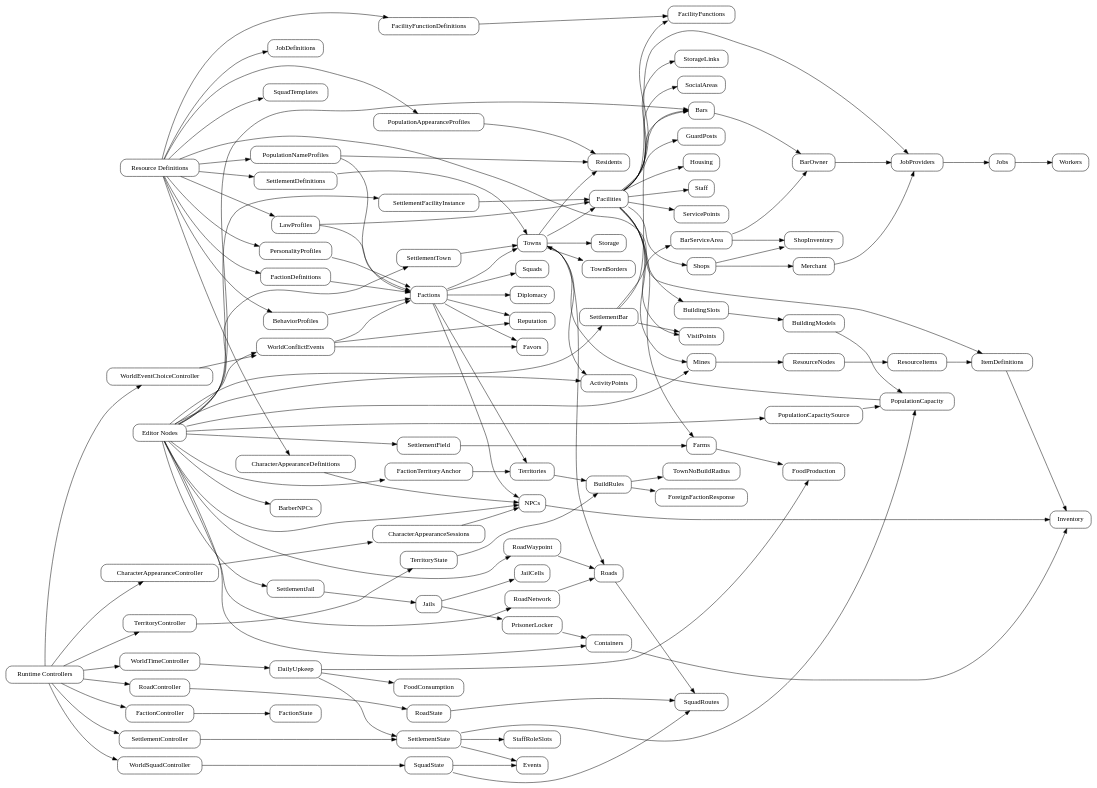
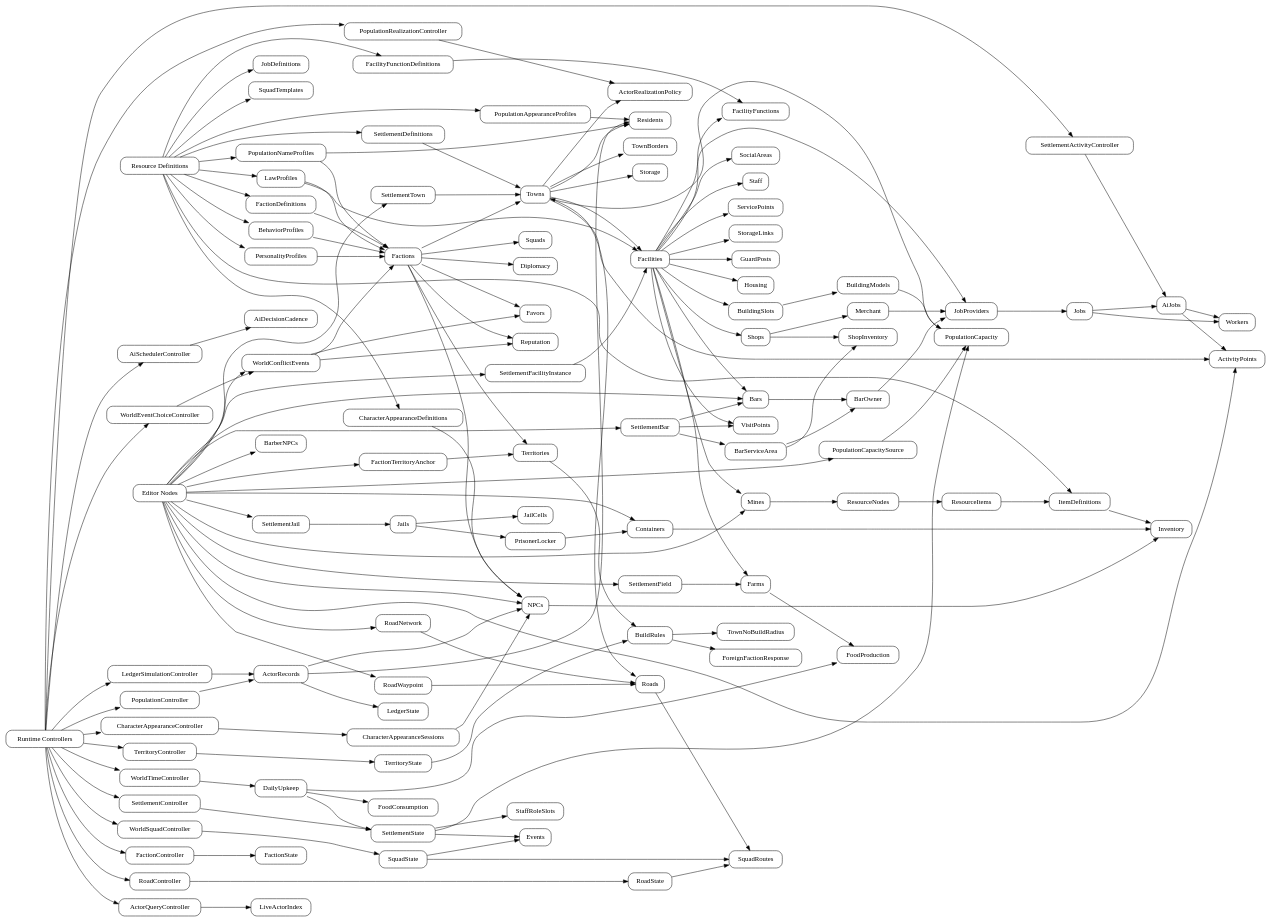
The diagram in architecture/game-data.md (dustinc555/mygame), drawn with Graphviz before and after one commit. The commit also changed other lines of this file and 159 other files, not shown here.

```diff
--- a/architecture/game-data.md
+++ b/architecture/game-data.md
@@ -75,6 +75,7 @@
   SettlementTown -> Towns;
   Towns -> Facilities;
   Towns -> Residents;
+  Towns -> ActorRealizationPolicy;
   PopulationAppearanceProfiles -> Residents;
   PopulationNameProfiles -> Residents;
   LawProfiles -> Facilities;
@@ -125,6 +126,7 @@
   Merchant -> JobProviders;
   JobProviders -> Jobs;
   Jobs -> Workers;
+  Jobs -> AiJobs;
 
   NPCs -> Inventory;
   Containers -> Inventory;
@@ -142,6 +144,12 @@
   Controllers -> WorldTimeController;
   Controllers -> CharacterAppearanceController;
   Controllers -> WorldEventChoiceController;
+  Controllers -> ActorQueryController;
+  Controllers -> AiSchedulerController;
+  Controllers -> PopulationController;
+  Controllers -> PopulationRealizationController;
+  Controllers -> LedgerSimulationController;
+  Controllers -> SettlementActivityController;
 
   FactionController -> FactionState;
   SettlementController -> SettlementState;
@@ -151,10 +159,21 @@
   WorldTimeController -> DailyUpkeep;
   CharacterAppearanceController -> CharacterAppearanceSessions;
   WorldEventChoiceController -> WorldConflictEvents;
+  ActorQueryController -> LiveActorIndex;
+  AiSchedulerController -> AiDecisionCadence;
+  PopulationController -> ActorRecords;
+  PopulationRealizationController -> ActorRealizationPolicy;
+  LedgerSimulationController -> ActorRecords;
+  SettlementActivityController -> AiJobs;
 
   DailyUpkeep -> FoodProduction;
   DailyUpkeep -> FoodConsumption;
   DailyUpkeep -> SettlementState;
+  ActorRecords -> Residents;
+  ActorRecords -> NPCs;
+  ActorRecords -> LedgerState;
+  AiJobs -> ActivityPoints;
+  AiJobs -> Workers;
   CharacterAppearanceSessions -> NPCs;
   CharacterAppearanceDefinitions -> NPCs;
   SettlementState -> Events;
```
